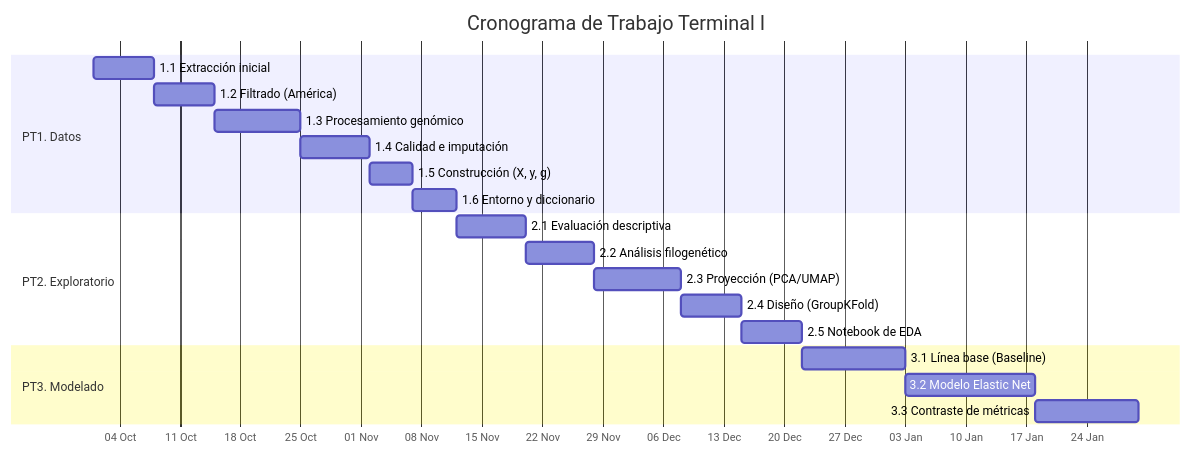
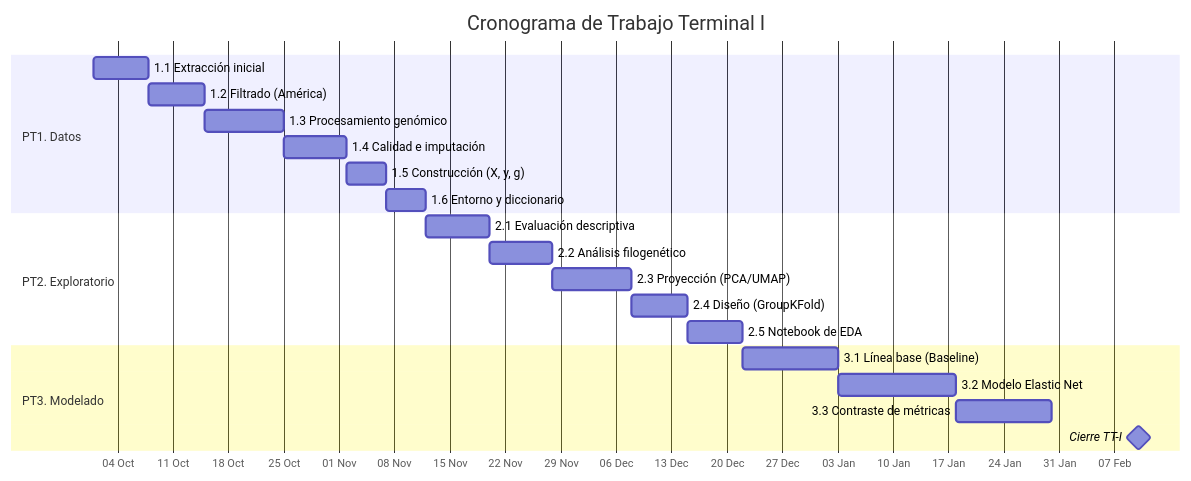
The diagram in README.md (FernandaCedilloo/proyecto-tt-snp), drawn with Mermaid before and after one commit.

Commit message:
Add milestone for TT-I closure date

````diff
--- a/README.md
+++ b/README.md
@@ -2,27 +2,28 @@
 ```mermaid
 gantt
     title Cronograma de Trabajo Terminal I
     dateFormat  YYYY-MM-DD
     axisFormat  %d %b
     tickInterval 1week
 
     section PT1. Datos
     1.1 Extracción inicial        :a1, 2026-10-01, 7d
     1.2 Filtrado (América)        :a2, after a1, 7d
     1.3 Procesamiento genómico    :a3, after a2, 10d
     1.4 Calidad e imputación      :a4, after a3, 8d
     1.5 Construcción (X, y, g)    :a5, after a4, 5d
     1.6 Entorno y diccionario     :a6, after a5, 5d
 
     section PT2. Exploratorio
     2.1 Evaluación descriptiva    :b1, after a6, 8d
     2.2 Análisis filogenético     :b2, after b1, 8d
     2.3 Proyección (PCA/UMAP)     :b3, after b2, 10d
     2.4 Diseño (GroupKFold)       :b4, after b3, 7d
     2.5 Notebook de EDA           :b5, after b4, 7d
 
     section PT3. Modelado
     3.1 Línea base (Baseline)     :c1, after b5, 12d
     3.2 Modelo Elastic Net        :c2, after c1, 15d
     3.3 Contraste de métricas     :c3, after c2, 12d
+    Cierre TT-I                   :milestone, 2027-02-10, 0d
 ```
````
